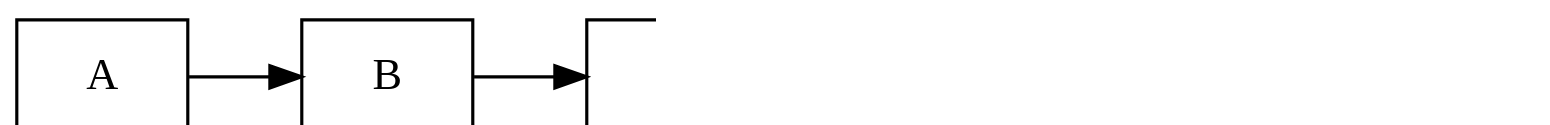
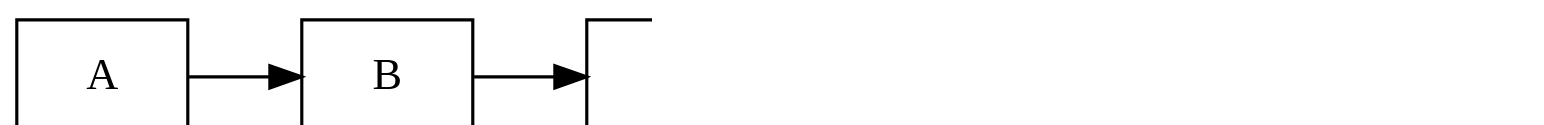
One commit to inponomarev/kstreams-testing-pitfalls changed the fifth of 10 diagrams in slides/src/main/asciidoc/lecture.adoc. Above: the diagram before and after it, drawn with Graphviz. The commit also changed other lines of this file and 2 other files, not shown here.

Commit message:
add diagrams

```diff
--- a/slides/src/main/asciidoc/lecture.adoc
+++ b/slides/src/main/asciidoc/lecture.adoc
@@ -244,18 +240,17 @@
-[graphviz,"wrong-topology.png"]
+[graphviz,"wrong-topology2.png"]
 ----
 digraph G {
 graph [ dpi = 180 ];
 rankdir="LR";
 node[shape=box];
 A1[label="A"];
 B1[label="B"];
 A2[label="A"];
 B2[label="B"];
 
-A1 -> B1 -> B2 ->A2 ;
+A1 -> B1 -> B2 -> Kafka -> A2 ;
 
-A2->Kafka;
 
-Kafka[label="reduce \n (a, b) -> <STOP>"]
+Kafka[label="reduce \n (a, b) → <STOP>"]
 }
 ----
```
